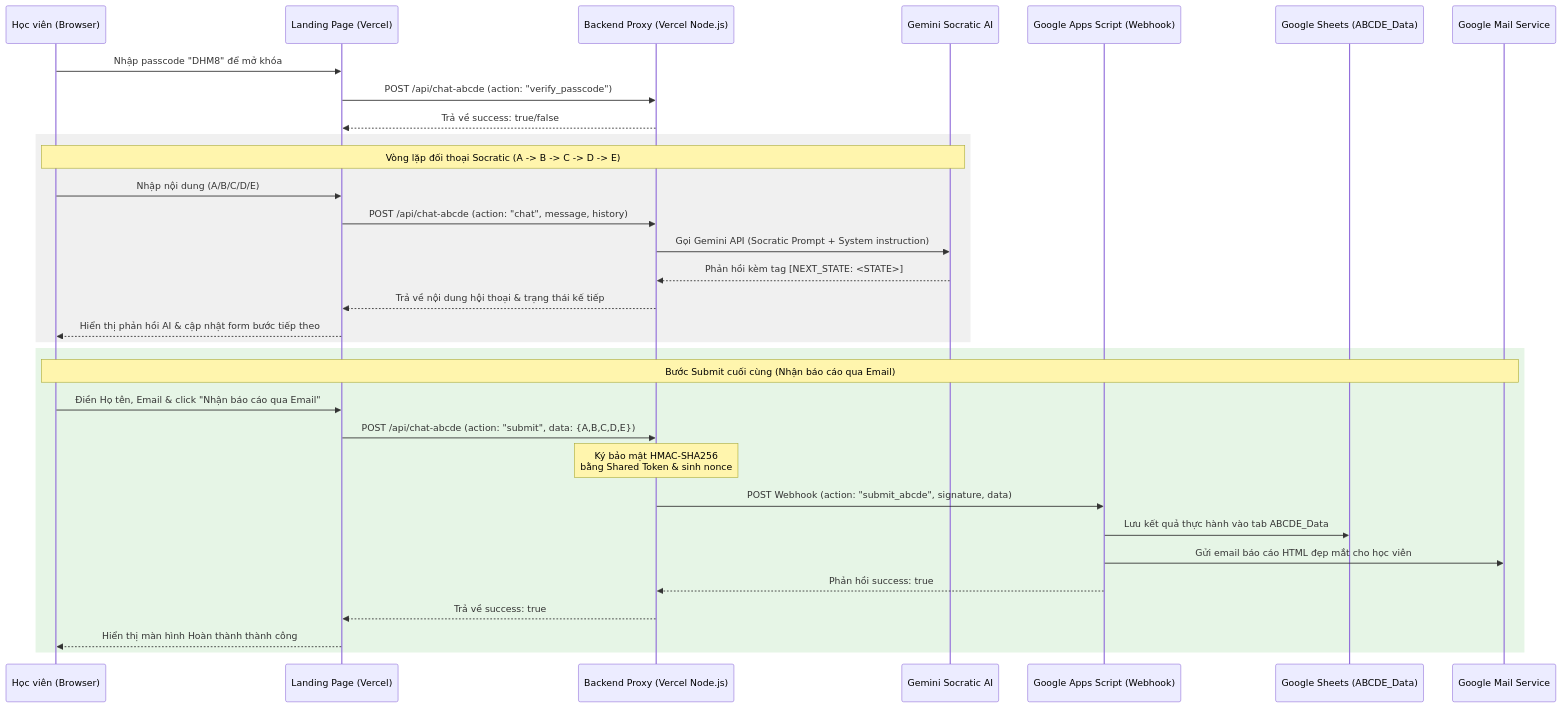
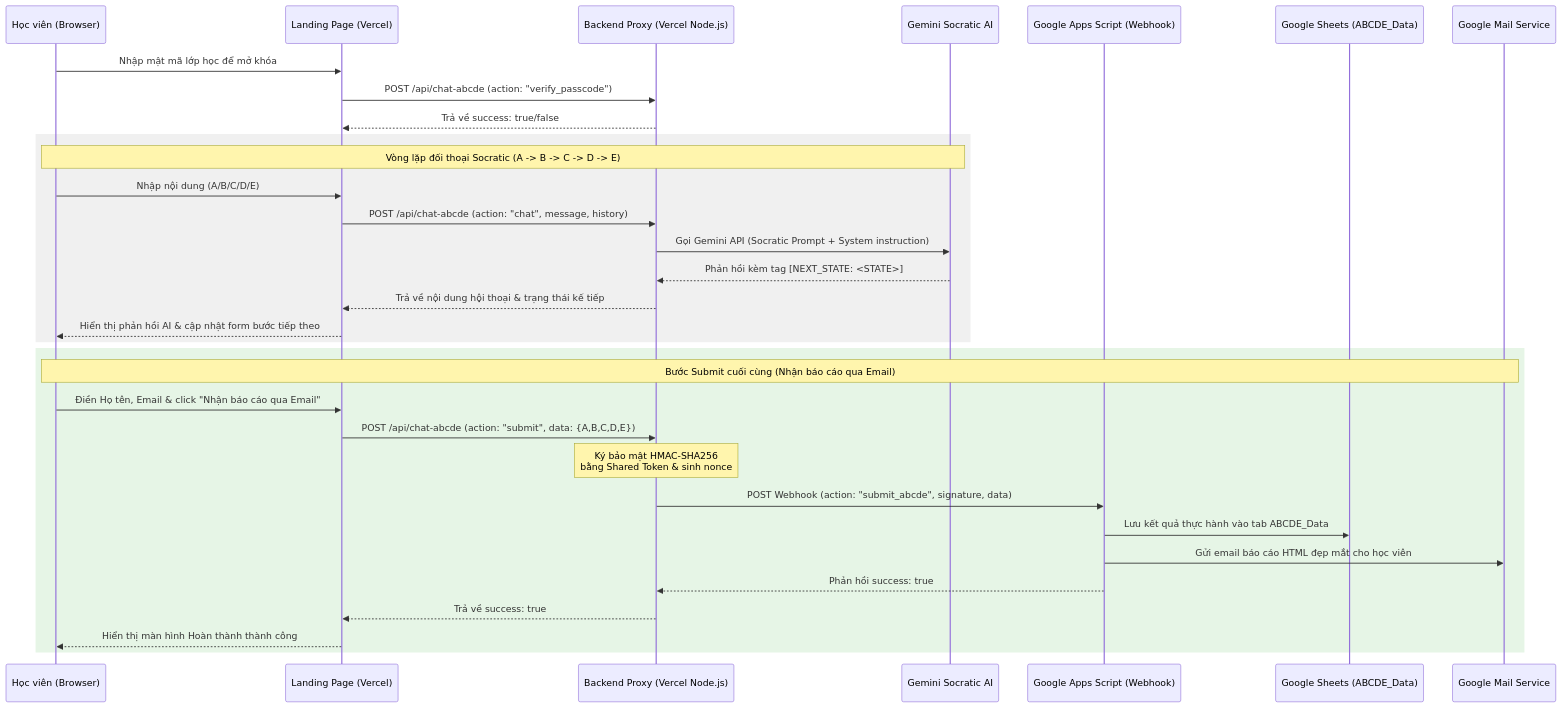
The third of 7 diagrams in docs/system-architecture.md (culturecodefeedforward/DeliveringHappiness), drawn with Mermaid before and after one commit. The commit also changed other lines of this file and 7 other files, not shown here.

````diff
--- a/docs/system-architecture.md
+++ b/docs/system-architecture.md
@@ -65,37 +65,37 @@
 ```mermaid
 sequenceDiagram
     participant User as Học viên (Browser)
     participant Web as Landing Page (Vercel)
     participant Proxy as Backend Proxy (Vercel Node.js)
     participant Gemini as Gemini Socratic AI
     participant GAS as Google Apps Script (Webhook)
     participant Sheet as Google Sheets (ABCDE_Data)
     participant Gmail as Google Mail Service
 
-    User->>Web: Nhập passcode "DHM8" để mở khóa
+    User->>Web: Nhập mật mã lớp học để mở khóa
     Web->>Proxy: POST /api/chat-abcde (action: "verify_passcode")
     Proxy-->>Web: Trả về success: true/false
     
     rect rgb(240, 240, 240)
         Note over User,Gemini: Vòng lặp đối thoại Socratic (A -> B -> C -> D -> E)
         User->>Web: Nhập nội dung (A/B/C/D/E)
         Web->>Proxy: POST /api/chat-abcde (action: "chat", message, history)
         Proxy->>Gemini: Gọi Gemini API (Socratic Prompt + System instruction)
         Gemini-->>Proxy: Phản hồi kèm tag [NEXT_STATE: <STATE>]
         Proxy-->>Web: Trả về nội dung hội thoại & trạng thái kế tiếp
         Web-->>User: Hiển thị phản hồi AI & cập nhật form bước tiếp theo
     end
 
     rect rgb(230, 245, 230)
         Note over User,Gmail: Bước Submit cuối cùng (Nhận báo cáo qua Email)
         User->>Web: Điền Họ tên, Email & click "Nhận báo cáo qua Email"
         Web->>Proxy: POST /api/chat-abcde (action: "submit", data: {A,B,C,D,E})
         Note over Proxy: Ký bảo mật HMAC-SHA256<br/>bằng Shared Token & sinh nonce
         Proxy->>GAS: POST Webhook (action: "submit_abcde", signature, data)
         GAS->>Sheet: Lưu kết quả thực hành vào tab ABCDE_Data
         GAS->>Gmail: Gửi email báo cáo HTML đẹp mắt cho học viên
         GAS-->>Proxy: Phản hồi success: true
         Proxy-->>Web: Trả về success: true
         Web-->>User: Hiển thị màn hình Hoàn thành thành công
     end
 ```
````
